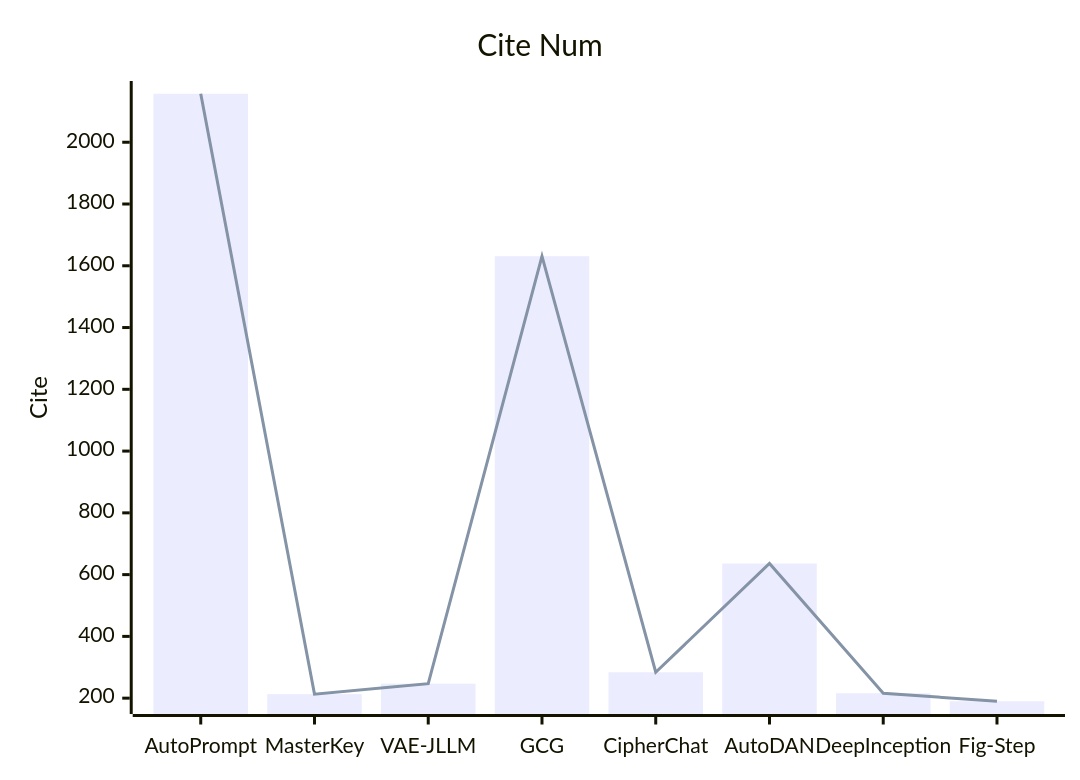
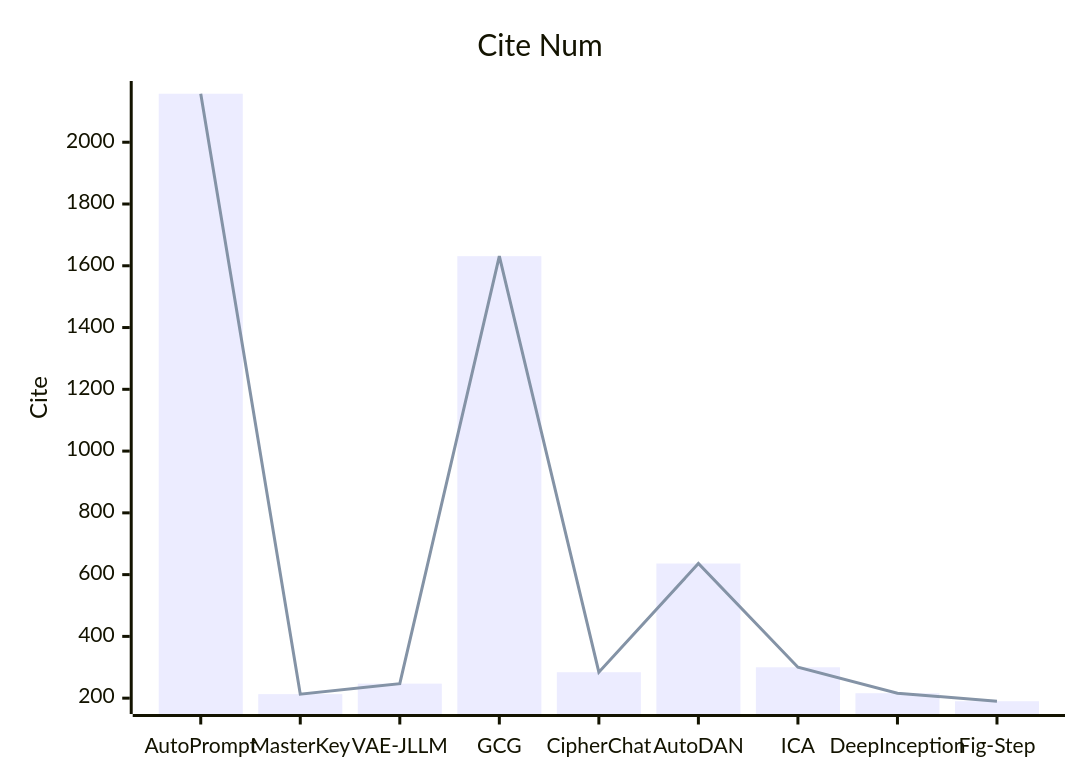
Before and after one commit to Elephant-King9/Paper: the fifth of 5 diagrams in Attack/Jailbreak/analyse.md, drawn with Mermaid. The commit also changed other lines of this file and 4 other files, not shown here.

````diff
--- a/Attack/Jailbreak/analyse.md
+++ b/Attack/Jailbreak/analyse.md
@@ -98,8 +102,8 @@
 ```mermaid
     xychart-beta
     title "Cite Num"
-    x-axis [AutoPrompt,MasterKey,VAE-JLLM,GCG,CipherChat,AutoDAN,DeepInception,Fig-Step]
+    x-axis [AutoPrompt,MasterKey,VAE-JLLM,GCG,CipherChat,AutoDAN,ICA,DeepInception,Fig-Step]
     y-axis "Cite" 
-    bar [2157, 213,247, 1631,284,636,216,190]
-    line [2157, 213,247,1631,284,636,216,190]
+    bar [2157, 213,247, 1631,284,636,300,216,190]
+    line [2157, 213,247,1631,284,636,300,216,190]
 ```
````
